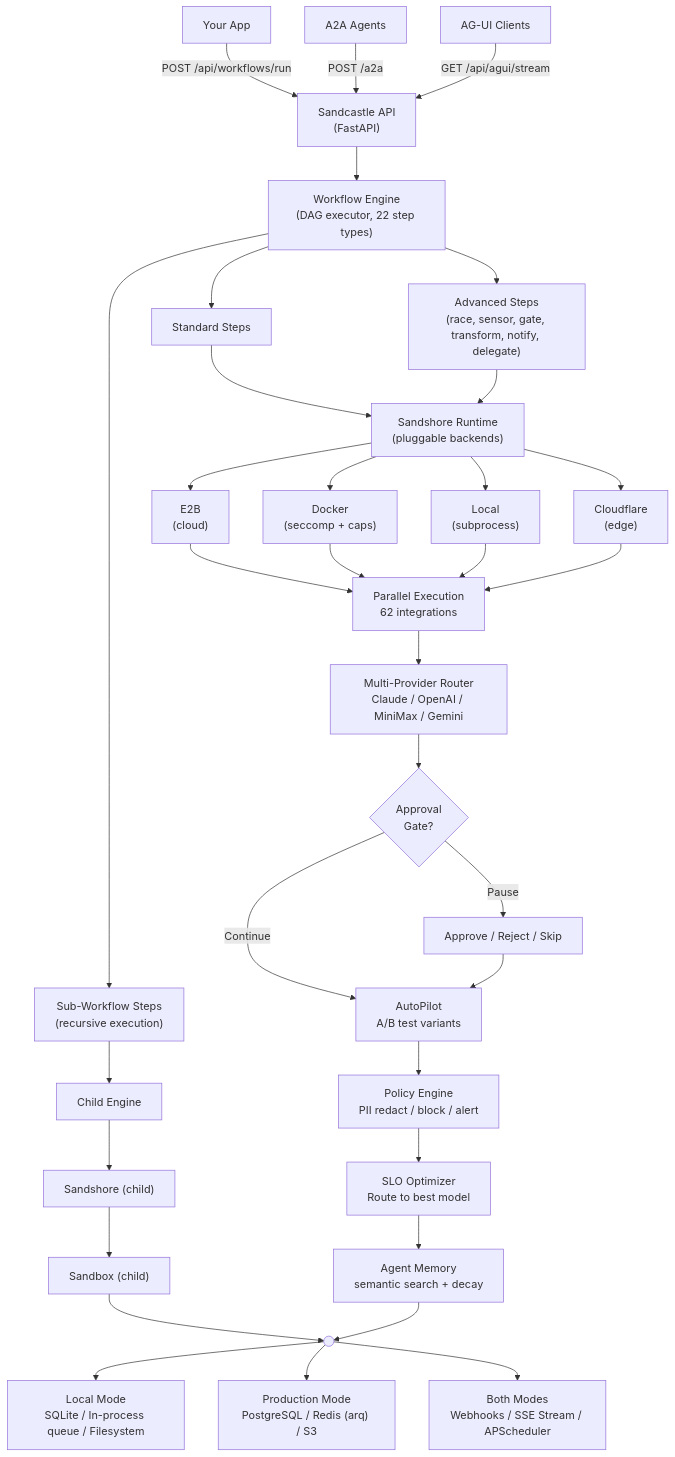
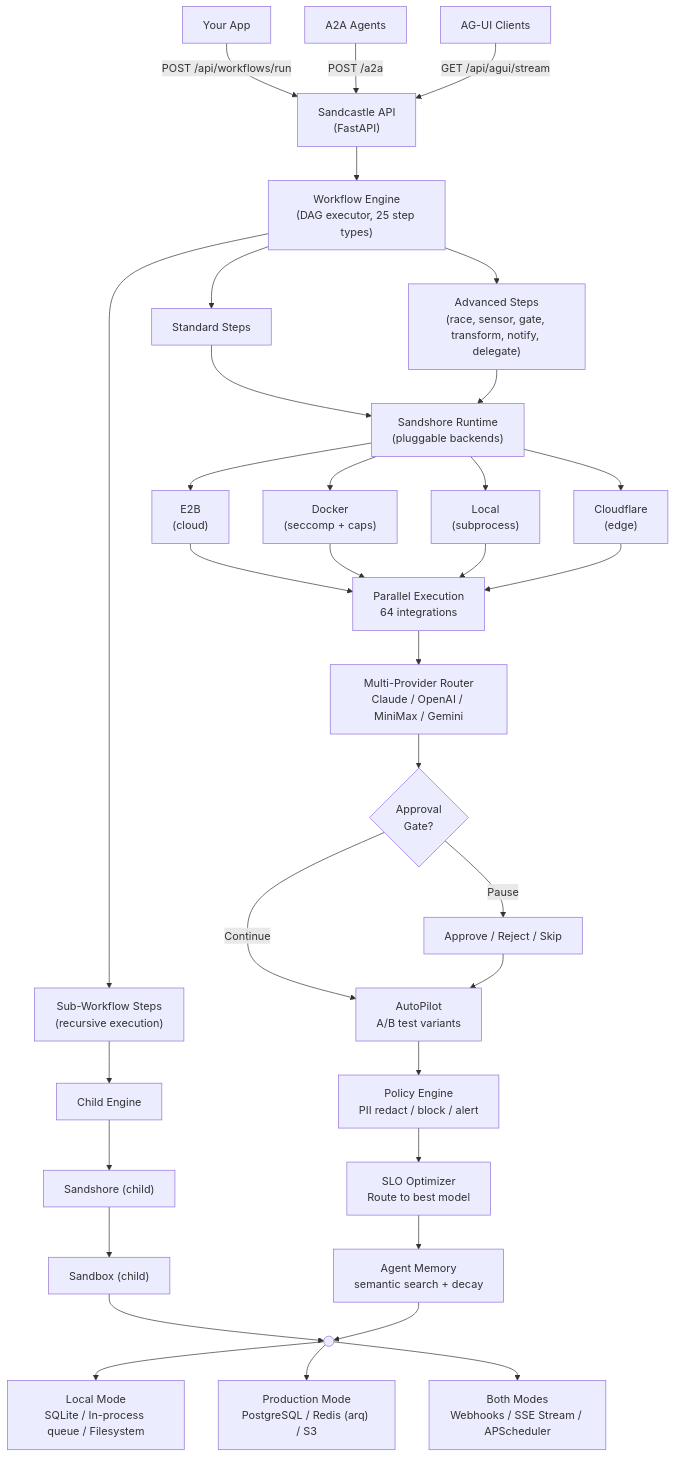
One commit to gizmax/Sandcastle changed the second of 2 diagrams in README.md. Above: the diagram before and after it, drawn with Mermaid. The commit also changed other lines of this file and 78 other files, not shown here.

````diff
--- a/README.md
+++ b/README.md
@@ -2365,47 +2376,47 @@
 ```mermaid
 flowchart TD
     App["Your App"] -->|"POST /api/workflows/run"| API["Sandcastle API\n(FastAPI)"]
     A2A["A2A Agents"] -->|"POST /a2a"| API
     AGUI["AG-UI Clients"] -->|"GET /api/agui/stream"| API
 
-    API --> Engine["Workflow Engine\n(DAG executor, 22 step types)"]
+    API --> Engine["Workflow Engine\n(DAG executor, 25 step types)"]
 
     Engine --> Standard["Standard Steps"]
     Engine --> Sub["Sub-Workflow Steps\n(recursive execution)"]
     Engine --> Advanced["Advanced Steps\n(race, sensor, gate, transform, notify, delegate)"]
 
     Standard --> Sandshore["Sandshore Runtime\n(pluggable backends)"]
     Sub --> Child["Child Engine"]
     Advanced --> Sandshore
     Child --> SandshoreChild["Sandshore (child)"]
 
     Sandshore --> E2B["E2B\n(cloud)"]
     Sandshore --> Docker["Docker\n(seccomp + caps)"]
     Sandshore --> Local["Local\n(subprocess)"]
     Sandshore --> CF["Cloudflare\n(edge)"]
     SandshoreChild --> E2B2["Sandbox (child)"]
 
     E2B --> Execution
     Docker --> Execution
     Local --> Execution
     CF --> Execution
     E2B2 --> Merge
 
-    Execution["Parallel Execution\n62 integrations"] --> Provider["Multi-Provider Router\nClaude / OpenAI / MiniMax / Gemini"]
+    Execution["Parallel Execution\n64 integrations"] --> Provider["Multi-Provider Router\nClaude / OpenAI / MiniMax / Gemini"]
 
     Provider --> Gate{"Approval\nGate?"}
 
     Gate -->|"Pause"| Review["Approve / Reject / Skip"]
     Gate -->|"Continue"| AutoPilot
 
     Review --> AutoPilot["AutoPilot\nA/B test variants"]
     AutoPilot --> Policy["Policy Engine\nPII redact / block / alert"]
     Policy --> Optimizer["SLO Optimizer\nRoute to best model"]
     Optimizer --> Memory["Agent Memory\nsemantic search + decay"]
 
     Memory --> Merge((" "))
 
     Merge --> LocalMode["Local Mode\nSQLite / In-process queue / Filesystem"]
     Merge --> ProdMode["Production Mode\nPostgreSQL / Redis (arq) / S3"]
     Merge --> BothModes["Both Modes\nWebhooks / SSE Stream / APScheduler"]
 ```
````
